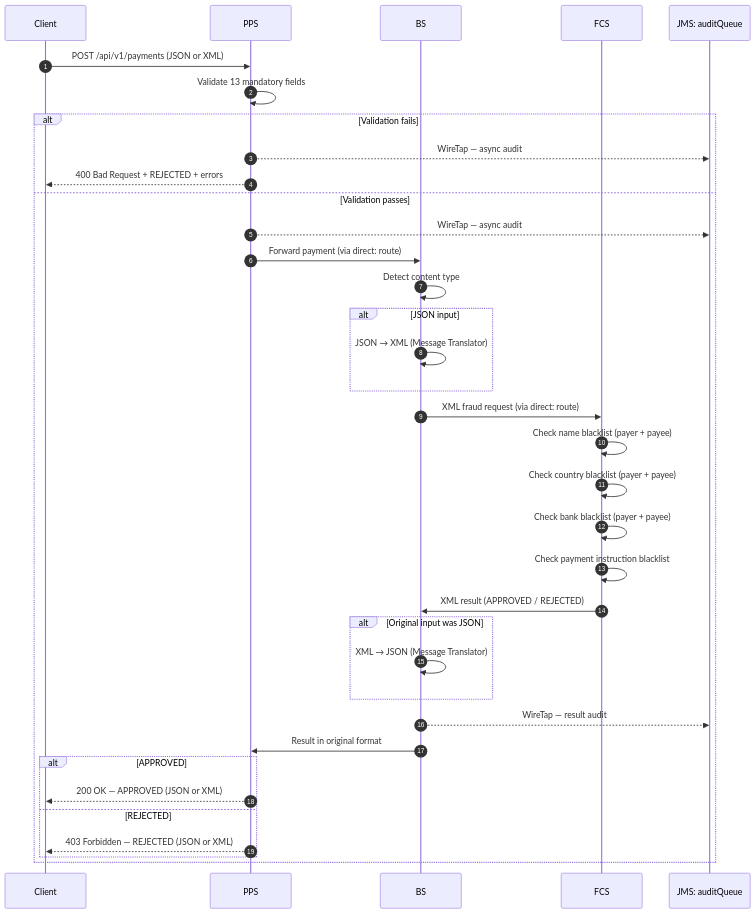
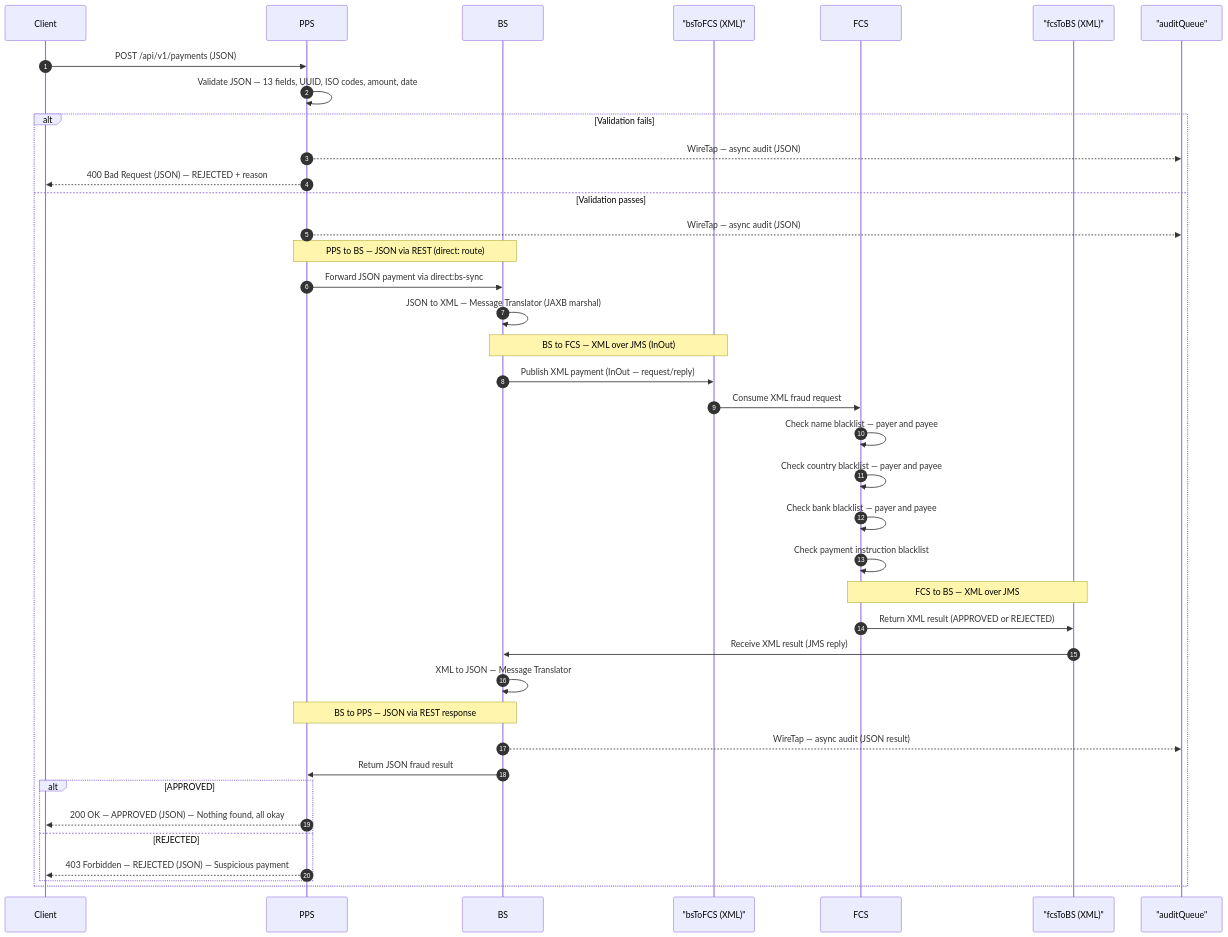
Before and after one commit to rprakash-demo/bank-payment-fraud-poc: the third of 4 diagrams in README.md, drawn with Mermaid. The commit also changed other lines of this file, not shown here.

Commit message:
Update: readme file and UML Diagram

````diff
--- a/README.md
+++ b/README.md
@@ -235,41 +250,54 @@
 ```mermaid
 sequenceDiagram
     autonumber
     participant Client
     participant PPS
     participant BS
+    participant Q_bsToFCS as "bsToFCS (XML)"
     participant FCS
-    participant Audit as JMS: auditQueue
+    participant Q_fcsToBS as "fcsToBS (XML)"
+    participant Audit     as "auditQueue"
 
-    Client->>PPS: POST /api/v1/payments (JSON or XML)
-    PPS->>PPS: Validate 13 mandatory fields
+    Client->>PPS: POST /api/v1/payments (JSON)
+    PPS->>PPS: Validate JSON — 13 fields, UUID, ISO codes, amount, date
 
     alt Validation fails
-        PPS-->>Audit: WireTap — async audit
-        PPS-->>Client: 400 Bad Request + REJECTED + errors
+        PPS-->>Audit: WireTap — async audit (JSON)
+        PPS-->>Client: 400 Bad Request (JSON) — REJECTED + reason
     else Validation passes
-        PPS-->>Audit: WireTap — async audit
-        PPS->>BS: Forward payment (via direct: route)
-        BS->>BS: Detect content type
-        alt JSON input
-            BS->>BS: JSON → XML (Message Translator)
-        end
-        BS->>FCS: XML fraud request (via direct: route)
-        FCS->>FCS: Check name blacklist (payer + payee)
-        FCS->>FCS: Check country blacklist (payer + payee)
-        FCS->>FCS: Check bank blacklist (payer + payee)
+        PPS-->>Audit: WireTap — async audit (JSON)
+
+        note over PPS,BS: PPS to BS — JSON via REST (direct: route)
+
+        PPS->>BS: Forward JSON payment via direct:bs-sync
+        BS->>BS: JSON to XML — Message Translator (JAXB marshal)
+
+        note over BS,Q_bsToFCS: BS to FCS — XML over JMS (InOut)
+
+        BS->>Q_bsToFCS: Publish XML payment (InOut — request/reply)
+
+        Q_bsToFCS->>FCS: Consume XML fraud request
+        FCS->>FCS: Check name blacklist — payer and payee
+        FCS->>FCS: Check country blacklist — payer and payee
+        FCS->>FCS: Check bank blacklist — payer and payee
         FCS->>FCS: Check payment instruction blacklist
-        FCS->>BS: XML result (APPROVED / REJECTED)
-        alt Original input was JSON
-            BS->>BS: XML → JSON (Message Translator)
-        end
-        BS-->>Audit: WireTap — result audit
-        BS->>PPS: Result in original format
+
+        note over FCS,Q_fcsToBS: FCS to BS — XML over JMS
+
+        FCS->>Q_fcsToBS: Return XML result (APPROVED or REJECTED)
+
+        Q_fcsToBS->>BS: Receive XML result (JMS reply)
+        BS->>BS: XML to JSON — Message Translator
+
+        note over BS,PPS: BS to PPS — JSON via REST response
+
+        BS-->>Audit: WireTap — async audit (JSON result)
+        BS->>PPS: Return JSON fraud result
 
         alt APPROVED
-            PPS-->>Client: 200 OK — APPROVED (JSON or XML)
+            PPS-->>Client: 200 OK — APPROVED (JSON) — Nothing found, all okay
         else REJECTED
-            PPS-->>Client: 403 Forbidden — REJECTED (JSON or XML)
+            PPS-->>Client: 403 Forbidden — REJECTED (JSON) — Suspicious payment
         end
     end
 ```
````
